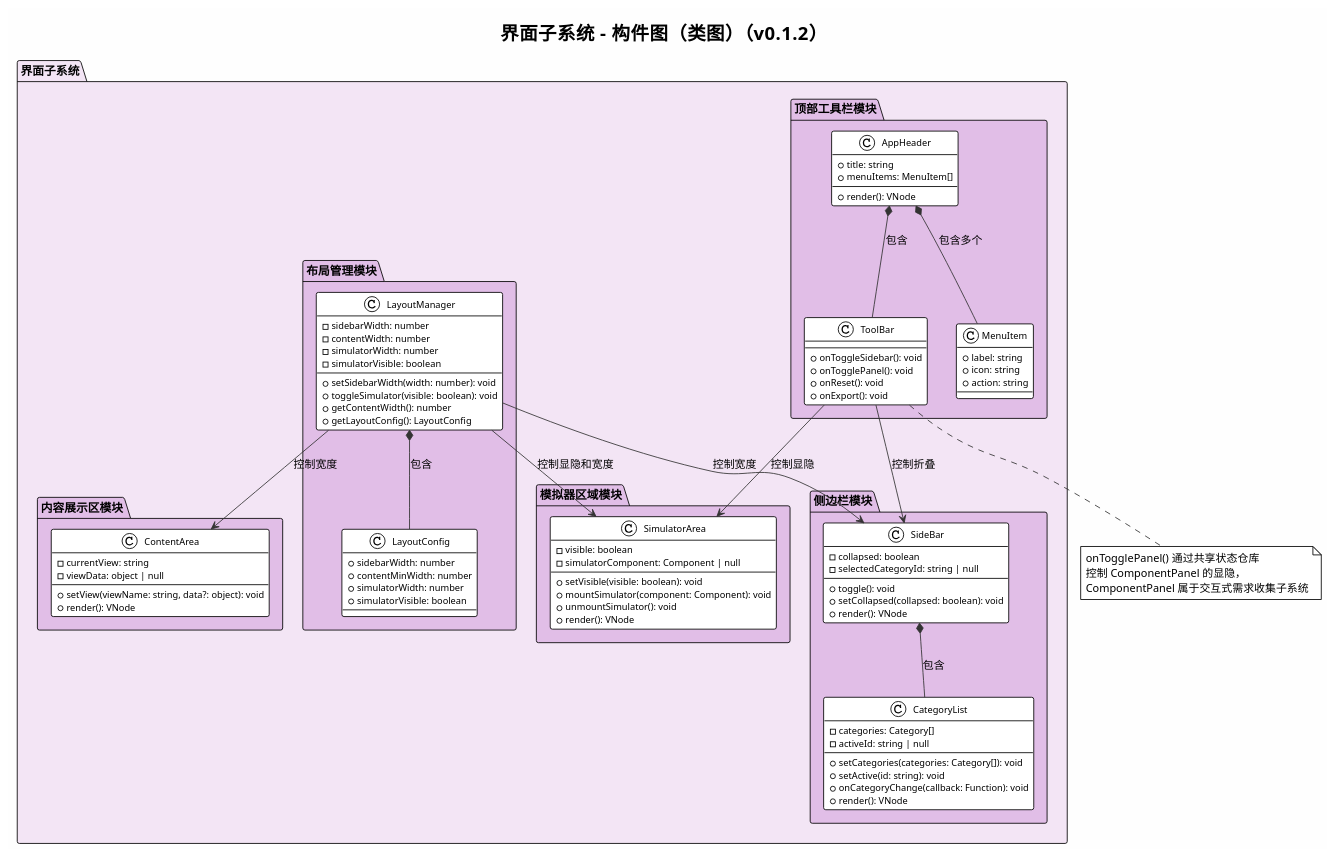
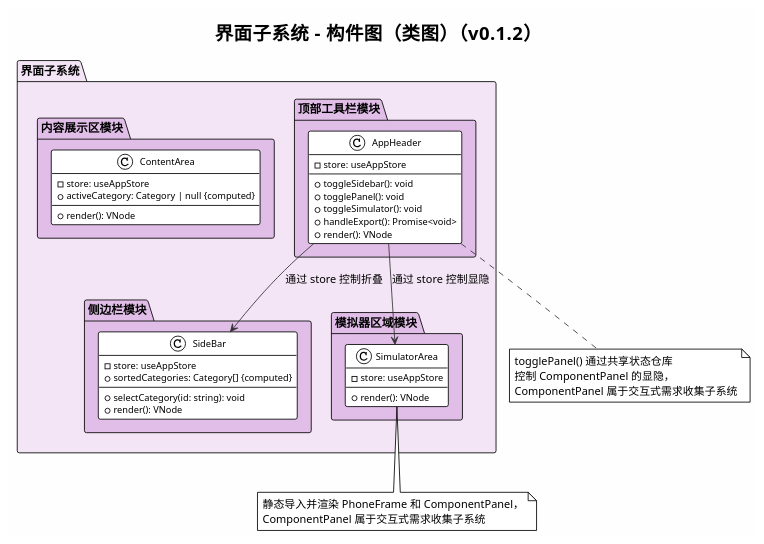
The diagram in docs/images/ui_class_diagram.puml (24-Fahed/frontend_requirements_tool), drawn with PlantUML before and after one commit. The commit also changed 54 other files, not shown here.

```diff
--- a/docs/images/ui_class_diagram.puml
+++ b/docs/images/ui_class_diagram.puml
@@ -1,128 +1,78 @@
 @startuml 界面子系统_类图
 !theme plain
 skinparam backgroundColor #FEFEFE
 skinparam defaultFontName SimHei
 skinparam NoteFontName SimHei
 skinparam PackageFontName SimHei
 skinparam ClassFontName SimHei
 skinparam TitleFontName SimHei
 skinparam LegendFontName SimHei
 skinparam ArrowColor #333333
 skinparam ClassFontSize 12
 skinparam ClassAttributeFontSize 11
 skinparam ClassMethodFontSize 11
 
 title 界面子系统 - 构件图（类图）（v0.1.2）
 
 package "界面子系统" as UI_SYS #F3E5F5 {
 
   ' 顶部工具栏模块
   package "顶部工具栏模块" as MOD_HEADER #E1BEE7 {
 
     class AppHeader {
-      + title: string
-      + menuItems: MenuItem[]
+      - store: useAppStore
+      + toggleSidebar(): void
+      + togglePanel(): void
+      + toggleSimulator(): void
+      + handleExport(): Promise<void>
       + render(): VNode
-    }
-
-    class ToolBar {
-      + onToggleSidebar(): void
-      + onTogglePanel(): void
-      + onReset(): void
-      + onExport(): void
-    }
-
-    class MenuItem {
-      + label: string
-      + icon: string
-      + action: string
     }
   }
 
   ' 侧边栏模块
   package "侧边栏模块" as MOD_SIDEBAR #E1BEE7 {
 
     class SideBar {
-      - collapsed: boolean
-      - selectedCategoryId: string | null
-      + toggle(): void
-      + setCollapsed(collapsed: boolean): void
-      + render(): VNode
-    }
-
-    class CategoryList {
-      - categories: Category[]
-      - activeId: string | null
-      + setCategories(categories: Category[]): void
-      + setActive(id: string): void
-      + onCategoryChange(callback: Function): void
+      - store: useAppStore
+      + sortedCategories: Category[] {computed}
+      + selectCategory(id: string): void
       + render(): VNode
     }
   }
 
   ' 内容展示区模块
   package "内容展示区模块" as MOD_CONTENT #E1BEE7 {
 
     class ContentArea {
-      - currentView: string
-      - viewData: object | null
-      + setView(viewName: string, data?: object): void
+      - store: useAppStore
+      + activeCategory: Category | null {computed}
       + render(): VNode
     }
   }
 
   ' 模拟器区域模块
   package "模拟器区域模块" as MOD_SIM_AREA #E1BEE7 {
 
     class SimulatorArea {
-      - visible: boolean
-      - simulatorComponent: Component | null
-      + setVisible(visible: boolean): void
-      + mountSimulator(component: Component): void
-      + unmountSimulator(): void
+      - store: useAppStore
       + render(): VNode
-    }
-  }
-
-  ' 布局管理模块
-  package "布局管理模块" as MOD_LAYOUT #E1BEE7 {
-
-    class LayoutManager {
-      - sidebarWidth: number
-      - contentWidth: number
-      - simulatorWidth: number
-      - simulatorVisible: boolean
-      + setSidebarWidth(width: number): void
-      + toggleSimulator(visible: boolean): void
-      + getContentWidth(): number
-      + getLayoutConfig(): LayoutConfig
-    }
-
-    class LayoutConfig {
-      + sidebarWidth: number
-      + contentMinWidth: number
-      + simulatorWidth: number
-      + simulatorVisible: boolean
     }
   }
 }
 
 ' === 关系 ===
-AppHeader *-- ToolBar : 包含
-AppHeader *-- MenuItem : 包含多个
-SideBar *-- CategoryList : 包含
-LayoutManager *-- LayoutConfig : 包含
+AppHeader --> SideBar : 通过 store 控制折叠
+AppHeader --> SimulatorArea : 通过 store 控制显隐
 
-LayoutManager --> SideBar : 控制宽度
-LayoutManager --> ContentArea : 控制宽度
-LayoutManager --> SimulatorArea : 控制显隐和宽度
-ToolBar --> SideBar : 控制折叠
-ToolBar --> SimulatorArea : 控制显隐
-
-note bottom of ToolBar
-  onTogglePanel() 通过共享状态仓库
+note bottom of AppHeader
+  togglePanel() 通过共享状态仓库
   控制 ComponentPanel 的显隐，
   ComponentPanel 属于交互式需求收集子系统
 end note
 
+note bottom of SimulatorArea
+  静态导入并渲染 PhoneFrame 和 ComponentPanel，
+  ComponentPanel 属于交互式需求收集子系统
+end note
+
 @enduml
```
